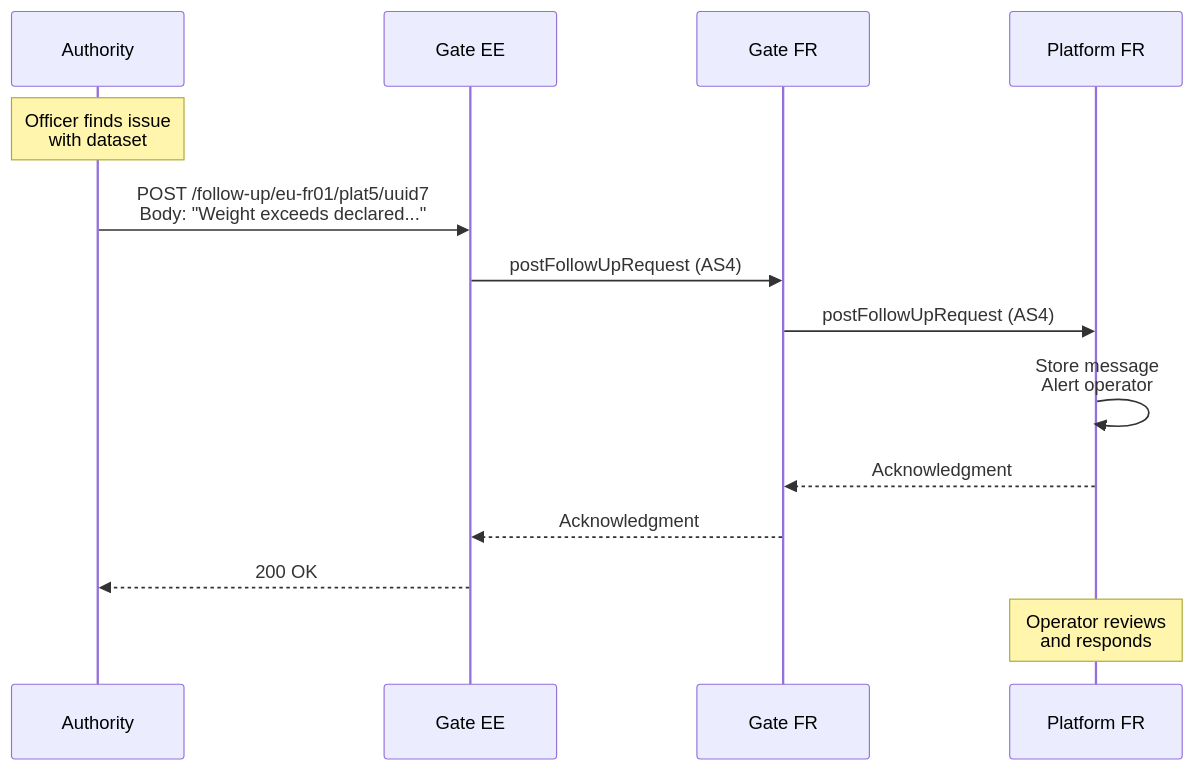
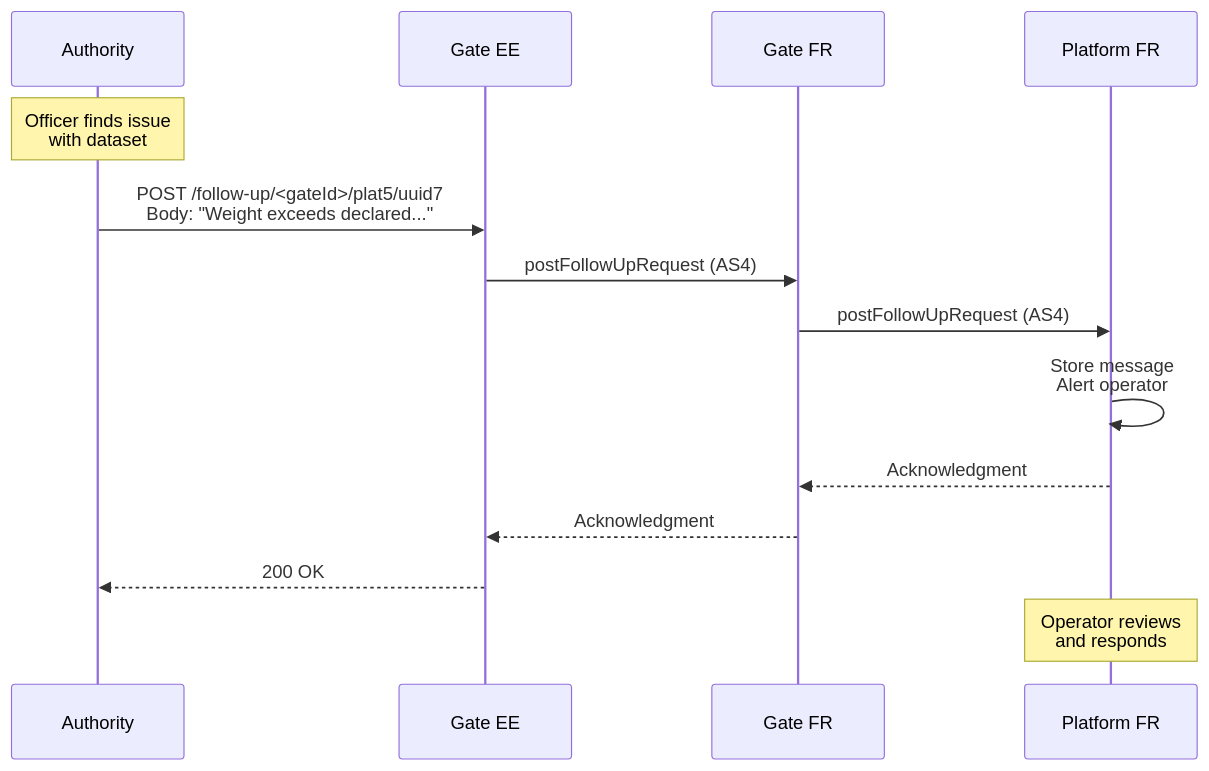
One commit to kemit-ee/efti-gate-ee changed the eighth of 11 diagrams in docs/architecture/eFTI-Gate-Reference-Architecture.md. Above: the diagram before and after it, drawn with Mermaid. The commit also changed other lines of this file and 29 other files, not shown here.

````diff
--- a/docs/architecture/eFTI-Gate-Reference-Architecture.md
+++ b/docs/architecture/eFTI-Gate-Reference-Architecture.md
@@ -423,22 +423,22 @@
 ```mermaid
 sequenceDiagram
     participant A as Authority
     participant G1 as Gate EE
     participant G2 as Gate FR
     participant P as Platform FR
 
     Note over A: Officer finds issue<br/>with dataset
 
-    A->>G1: POST /follow-up/eu-fr01/plat5/uuid7<br/>Body: "Weight exceeds declared..."
+    A->>G1: POST /follow-up/<gateId>/plat5/uuid7<br/>Body: "Weight exceeds declared..."
 
     G1->>G2: postFollowUpRequest (AS4)
     G2->>P: postFollowUpRequest (AS4)
 
     P->>P: Store message<br/>Alert operator
 
     P-->>G2: Acknowledgment
     G2-->>G1: Acknowledgment
     G1-->>A: 200 OK
 
     Note over P: Operator reviews<br/>and responds
 ```
````
